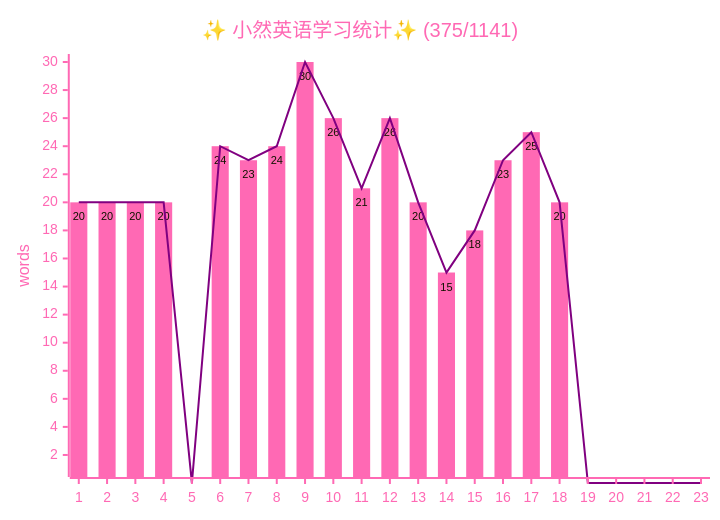
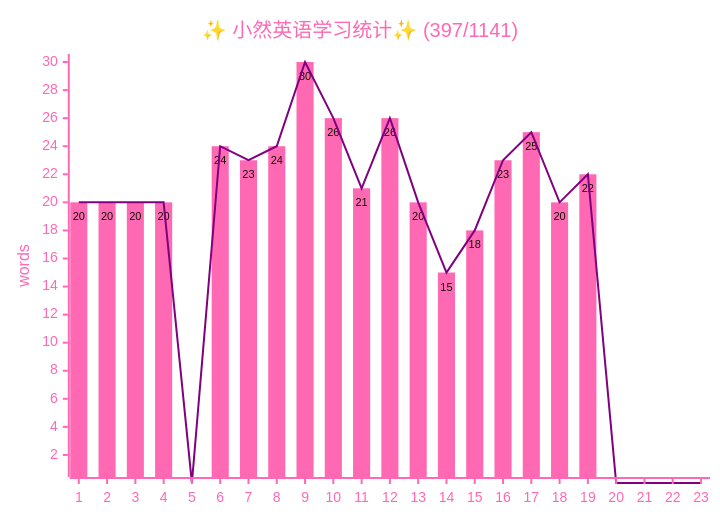
The diagram in docs/life-lessons/xiaoran/2026-xiaoran.md (zsh-rc/zsh-rc.github.io), drawn with Mermaid before and after one commit. The commit also changed 2 other files, not shown here.

Commit message:
homework - check

```diff
--- a/docs/life-lessons/xiaoran/2026-xiaoran.md
+++ b/docs/life-lessons/xiaoran/2026-xiaoran.md
@@ -11,25 +11,25 @@
 ~~~mermaid
 ---
 config:
     xyChart:
         showDataLabel: true
     themeVariables:
         xyChart:
             titleColor: "#FF69B4"
             xAxisTitleColor: "#FF69B4"
             xAxisLabelColor: "#FF69B4"
             xAxisLineColor: "#FF69B4"
             xAxisTickColor: "#FF69B4"
             yAxisLabelColor: "#FF69B4"
             yAxisTitleColor: "#FF69B4"
             yAxisLineColor: "#FF69B4"
             yAxisTickColor: "#FF69B4"
             plotColorPalette: '#FF69B4, #800080'
 ---
 xychart
-    title "✨ 小然英语学习统计✨ (375/1141)"
+    title "✨ 小然英语学习统计✨ (397/1141)"
     y-axis "words" 1 --> 30
     x-axis [1,  2,  3,  4,  5,  6,  7,  8,  9,  10, 11, 12, 13, 14, 15, 16, 17, 18, 19, 20, 21, 22, 23]
-    bar    [20, 20, 20, 20, 0,  24, 23, 24, 30, 26, 21, 26, 20, 15, 18, 23, 25, 20,  0,  0,  0,  0,  0]
-    line   [20, 20, 20, 20, 0,  24, 23, 24, 30, 26, 21, 26, 20, 15, 18, 23, 25, 20,  0,  0,  0,  0,  0]
+    bar    [20, 20, 20, 20, 0,  24, 23, 24, 30, 26, 21, 26, 20, 15, 18, 23, 25, 20, 22,  0,  0,  0,  0]
+    line   [20, 20, 20, 20, 0,  24, 23, 24, 30, 26, 21, 26, 20, 15, 18, 23, 25, 20, 22,  0,  0,  0,  0]
 ~~~
```
